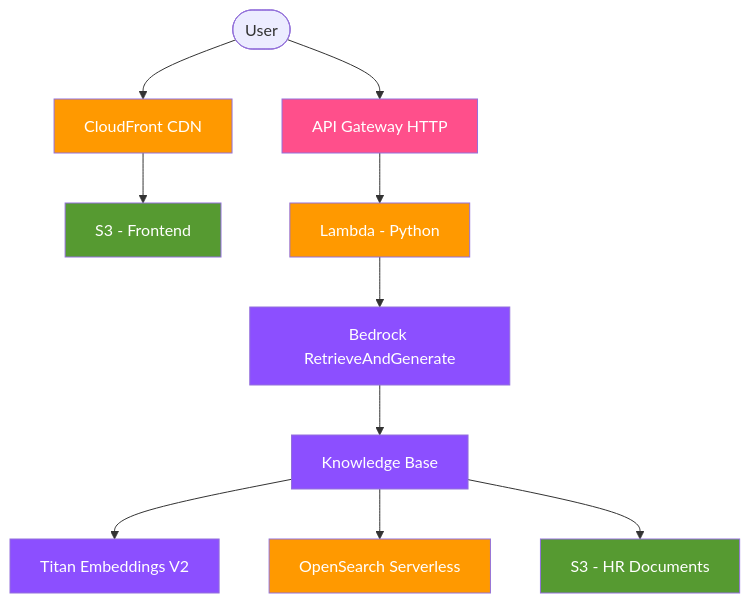
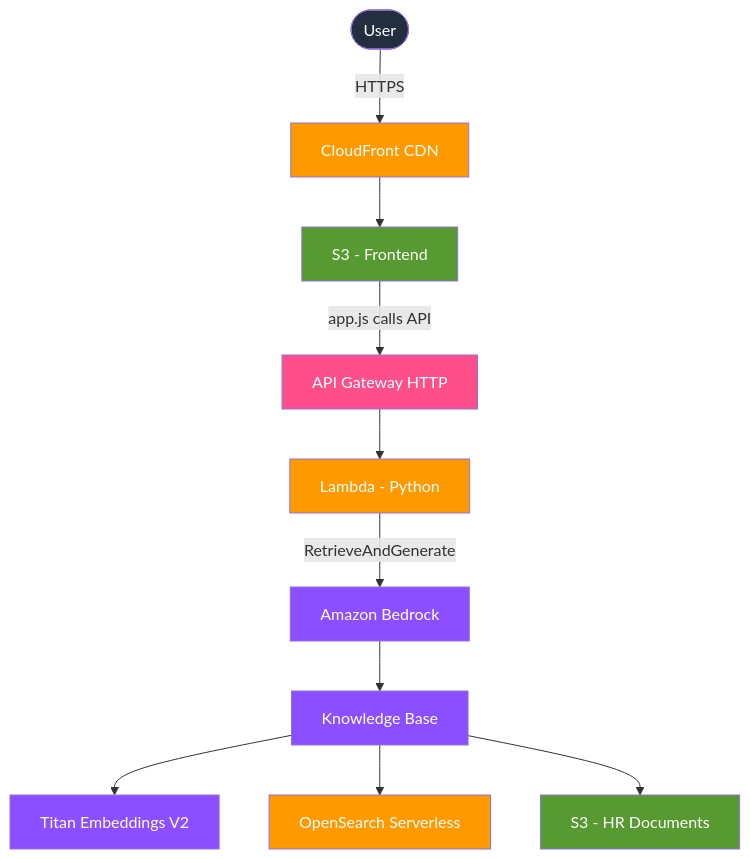
One commit to hosniadel666/hr-knowledge-hub changed the diagram in README.md. Above: the diagram before and after it, drawn with Mermaid. The commit also changed other lines of this file, not shown here.

First line of the commit message:
Fix README architecture diagram and update model references

````diff
--- a/README.md
+++ b/README.md
@@ -7,22 +7,23 @@
 ```mermaid
 graph TB
-    User([User]) --> CloudFront[CloudFront CDN]
+    User([User]) -->|HTTPS| CloudFront[CloudFront CDN]
     CloudFront --> S3_FE[S3 - Frontend]
-    User --> APIGW[API Gateway HTTP]
+    S3_FE -->|"app.js calls API"| APIGW[API Gateway HTTP]
     APIGW --> Lambda[Lambda - Python]
-    Lambda --> Bedrock[Bedrock RetrieveAndGenerate]
+    Lambda -->|RetrieveAndGenerate| Bedrock[Amazon Bedrock]
     Bedrock --> KB[Knowledge Base]
     KB --> Titan[Titan Embeddings V2]
     KB --> AOSS[OpenSearch Serverless]
     KB --> S3_Docs[S3 - HR Documents]
 
+    style User fill:#232F3E,color:#fff
     style CloudFront fill:#FF9900,color:#fff
     style S3_FE fill:#569A31,color:#fff
     style APIGW fill:#FF4F8B,color:#fff
     style Lambda fill:#FF9900,color:#fff
     style Bedrock fill:#8C4FFF,color:#fff
     style KB fill:#8C4FFF,color:#fff
     style Titan fill:#8C4FFF,color:#fff
     style AOSS fill:#FF9900,color:#fff
     style S3_Docs fill:#569A31,color:#fff
 ```
````
